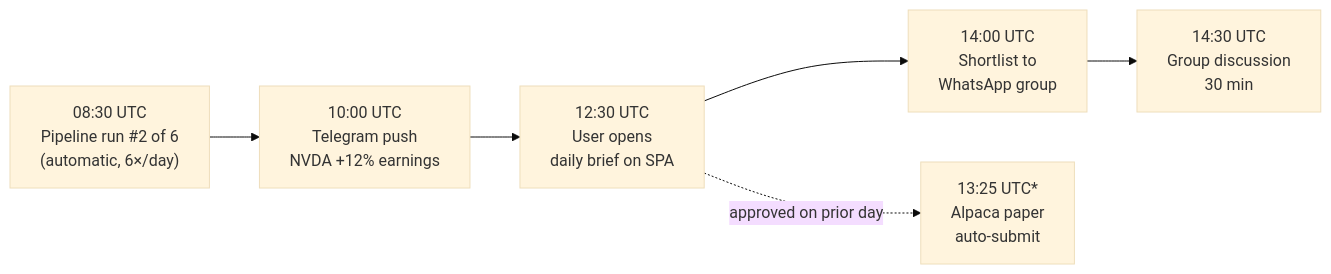
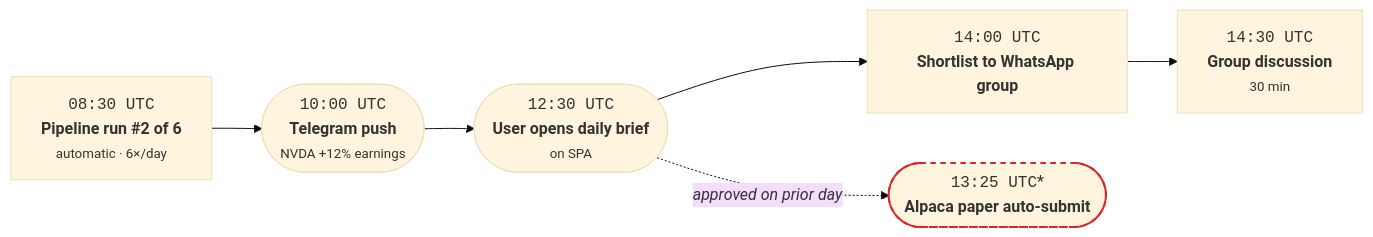
Before and after one commit to kamilpajak/AlphaLens: the third of 3 diagrams in docs/research/alphalens_ideal_shape_2026_05_29.md, drawn with Mermaid (base theme). The commit also changed other lines of this file, not shown here.

````diff
--- a/docs/research/alphalens_ideal_shape_2026_05_29.md
+++ b/docs/research/alphalens_ideal_shape_2026_05_29.md
@@ -140,12 +140,15 @@
 ```mermaid
 flowchart LR
-    T1["08:30 UTC<br/>Pipeline run #2 of 6<br/>(automatic, 6×/day)"]
-    T2["10:00 UTC<br/>Telegram push<br/>NVDA +12% earnings"]
-    T3["12:30 UTC<br/>User opens<br/>daily brief on SPA"]
-    T4["14:00 UTC<br/>Shortlist to<br/>WhatsApp group"]
-    T5["14:30 UTC<br/>Group discussion<br/>30 min"]
-    T6["13:25 UTC*<br/>Alpaca paper<br/>auto-submit"]
+    T1["<code>08:30 UTC</code><br/><b>Pipeline run #2 of 6</b><br/><small>automatic · 6×/day</small>"]
+    T2(["<code>10:00 UTC</code><br/><b>Telegram push</b><br/><small>NVDA +12% earnings</small>"])
+    T3(["<code>12:30 UTC</code><br/><b>User opens daily brief</b><br/><small>on SPA</small>"])
+    T4["<code>14:00 UTC</code><br/><b>Shortlist to WhatsApp group</b>"]
+    T5["<code>14:30 UTC</code><br/><b>Group discussion</b><br/><small>30 min</small>"]
+    T6(["<code>13:25 UTC</code>*<br/><b>Alpaca paper auto-submit</b>"])
 
     T1 --> T2 --> T3 --> T4 --> T5
-    T3 -.->|approved on prior day| T6
+    T3 -.->|"<i>approved on prior day</i>"| T6
+
+    classDef antipattern stroke:#dc2626,stroke-width:2px,stroke-dasharray:5 5
+    T6:::antipattern
 ```
````
